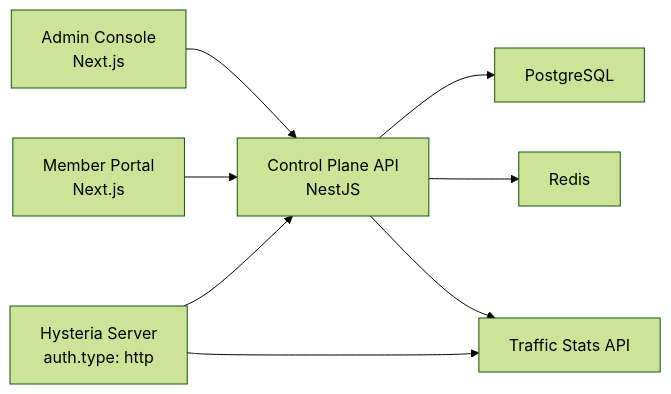
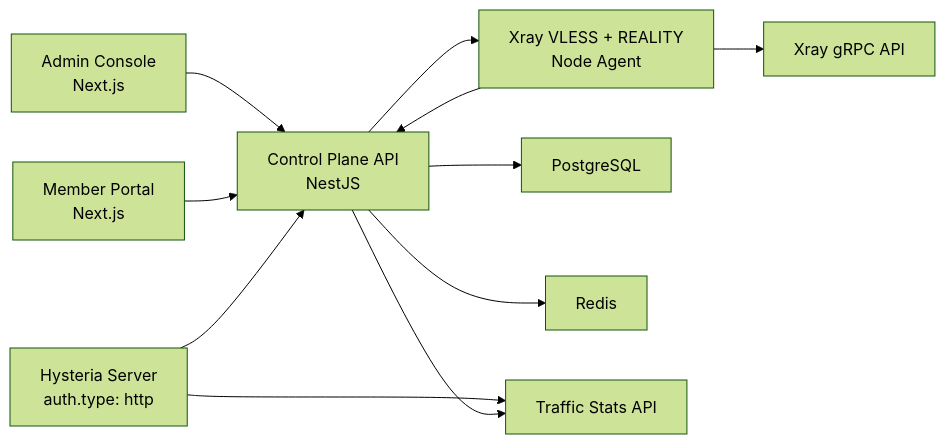
One commit to Sunhaiy/hysteria2 changed the diagram in README.md. Above: the diagram before and after it, drawn with Mermaid (forest theme). The commit also changed other lines of this file and 28 other files, not shown here.

````diff
--- a/README.md
+++ b/README.md
@@ -60,10 +67,13 @@
 ```mermaid
 flowchart LR
   A["Admin Console<br/>Next.js"] --> B["Control Plane API<br/>NestJS"]
   C["Member Portal<br/>Next.js"] --> B
   D["Hysteria Server<br/>auth.type: http"] --> B
+  H["Xray VLESS + REALITY<br/>Node Agent"] --> B
   B --> E["PostgreSQL"]
   B --> F["Redis"]
   D --> G["Traffic Stats API"]
+  H --> I["Xray gRPC API"]
   B --> G
+  B --> H
 ```
````
